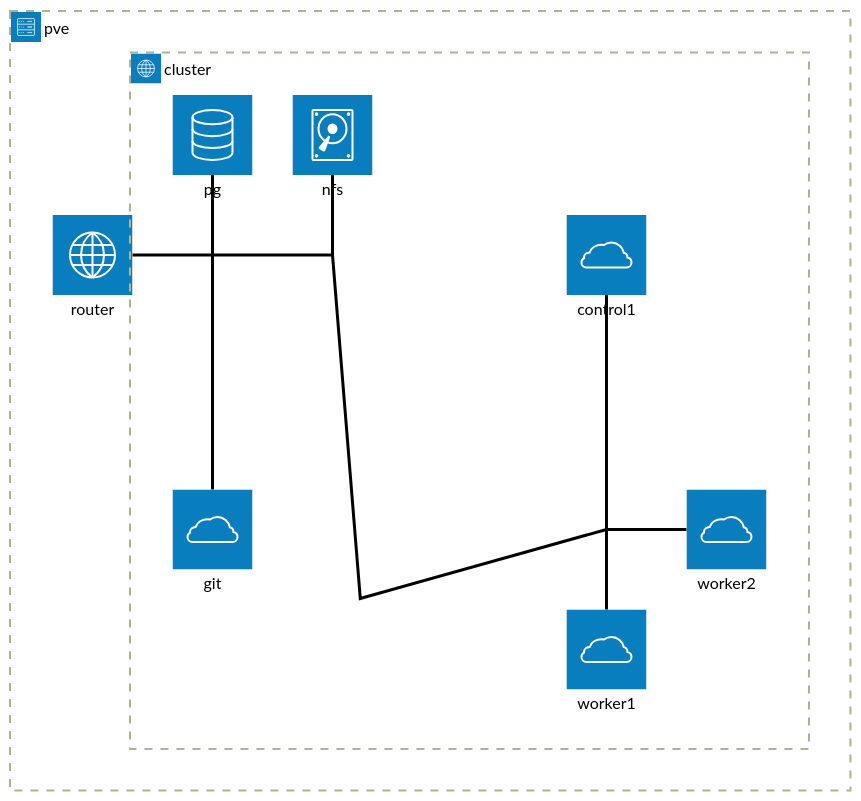
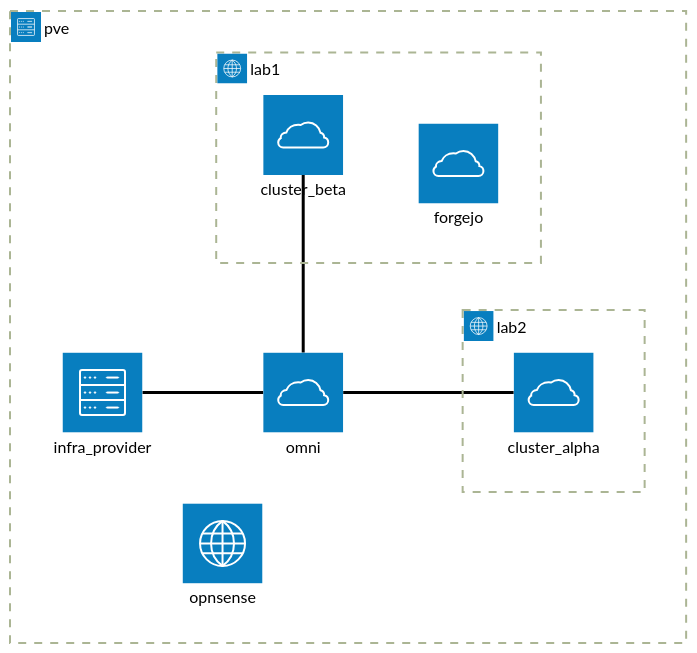
One commit to konstaka/homelab changed the diagram in README.md. Above: the diagram before and after it, drawn with Mermaid (forest theme). The commit also changed other lines of this file, not shown here.

````diff
--- a/README.md
+++ b/README.md
@@ -31,26 +29,19 @@
 ```mermaid
 architecture-beta
     group pve(server)[pve]
-    group cluster(internet)[cluster] in pve
+    group lab2(internet)[lab2] in pve
+    group lab1(internet)[lab1] in pve
 
-    service router(internet)[router] in pve
-    service control1(cloud)[control1] in cluster
-    service worker1(cloud)[worker1] in cluster
-    service worker2(cloud)[worker2] in cluster
-    service nfs(disk)[nfs] in cluster
-    service pg(database)[pg] in cluster
-    service git(cloud)[git] in cluster
-    junction clusterbus
-    junction dmzbus1
-    junction dmzbus2
+    service opnsense(internet)[opnsense] in pve
 
-    router:R -- L:dmzbus1
-    dmzbus1:R -- L:dmzbus2
-    dmzbus2:B -- L:clusterbus
-    control1:B -- T:clusterbus
-    worker1:T -- B:clusterbus
-    worker2:L -- R:clusterbus
-    nfs:B -- T:dmzbus2
-    pg:B -- T:dmzbus1
-    git:T -- B:dmzbus1
+    service infra_provider(server)[infra_provider] in pve
+    service omni(cloud)[omni] in pve
+
+    service cluster_alpha(cloud)[cluster_alpha] in lab2
+    service cluster_beta(cloud)[cluster_beta] in lab1
+    service forgejo(cloud)[forgejo] in lab1
+
+    infra_provider:R -- L:omni
+    omni:T -- B:cluster_beta
+    omni:R -- L:cluster_alpha
 ```
````
